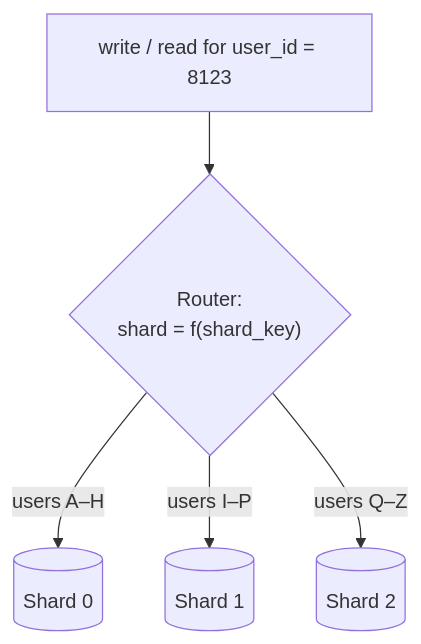
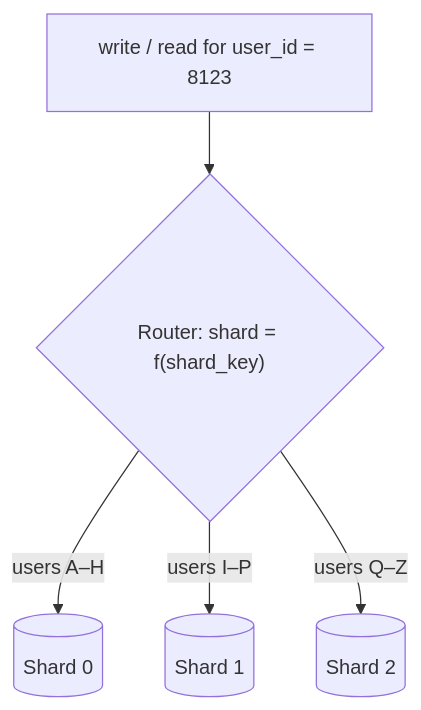
Before and after one commit to mohammad-mriesh-job/cortex: the first of 3 diagrams in src/modules/system-design/content/04-databases/03-sharding.md, drawn with Mermaid. The commit also changed other lines of this file and 257 other files, not shown here.

````diff
--- a/src/modules/system-design/content/04-databases/03-sharding.md
+++ b/src/modules/system-design/content/04-databases/03-sharding.md
@@ -17,7 +17,7 @@
 ```mermaid
 flowchart TD
-  W["write / read for user_id = 8123"] --> R{"Router:<br/>shard = f(shard_key)"}
+  W["write / read for user_id = 8123"] --> R{"Router: shard = f(shard_key)"}
   R -->|"users A–H"| S0[("Shard 0")]
   R -->|"users I–P"| S1[("Shard 1")]
   R -->|"users Q–Z"| S2[("Shard 2")]
 ```
````
